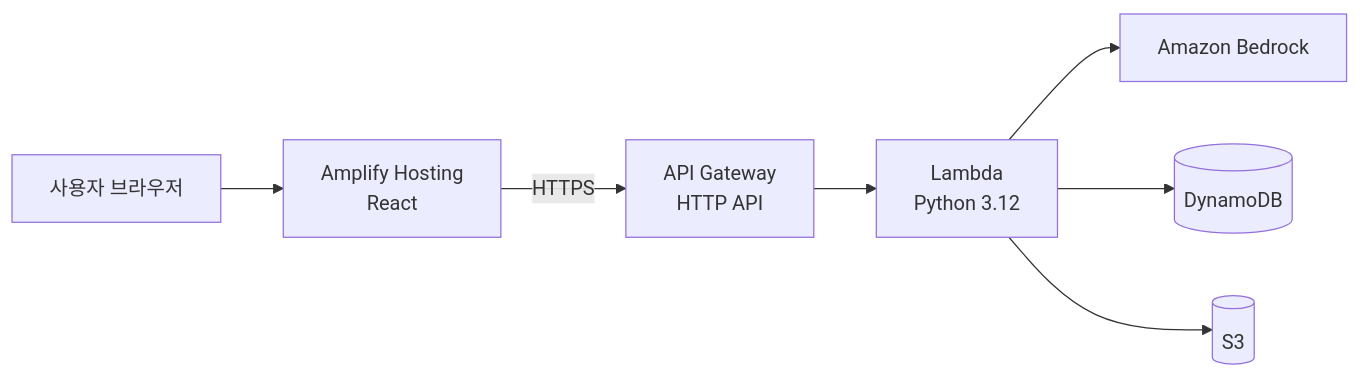
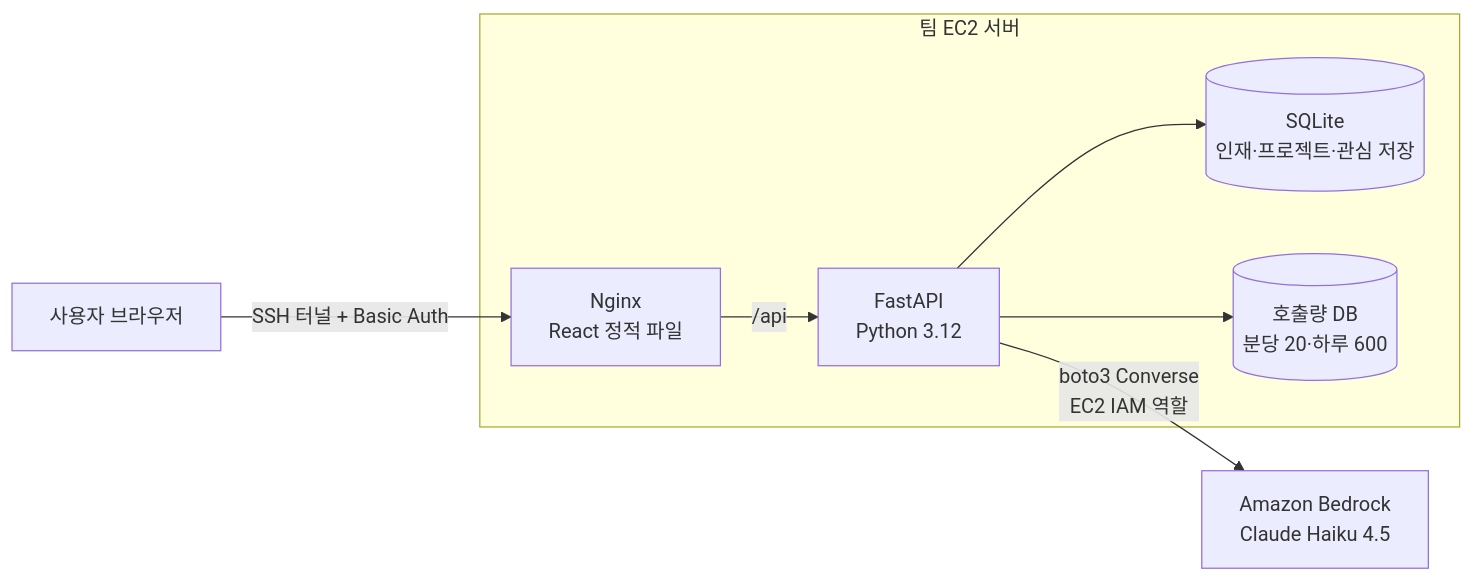
One commit to hellryang/ai-solvethon-2026 changed the diagram in README.md. Above: the diagram before and after it, drawn with Mermaid. The commit also changed other lines of this file and 80 other files, not shown here.

````diff
--- a/README.md
+++ b/README.md
@@ -29,9 +32,10 @@
 ```mermaid
 flowchart LR
-    U[사용자 브라우저] --> FE[Amplify Hosting<br/>React]
-    FE -->|HTTPS| API[API Gateway<br/>HTTP API]
-    API --> FN[Lambda<br/>Python 3.12]
-    FN --> BR[Amazon Bedrock]
-    FN --> DB[(DynamoDB)]
-    FN --> S3[(S3)]
+    U[사용자 브라우저] -->|SSH 터널 + Basic Auth| NG
+    subgraph EC2[팀 EC2 서버]
+        NG[Nginx<br/>React 정적 파일] -->|/api| API[FastAPI<br/>Python 3.12]
+        API --> DB[(SQLite<br/>인재·프로젝트·관심 저장)]
+        API --> Q[(호출량 DB<br/>분당 20·하루 600)]
+    end
+    API -->|boto3 Converse<br/>EC2 IAM 역할| BR[Amazon Bedrock<br/>Claude Haiku 4.5]
 ```
````
